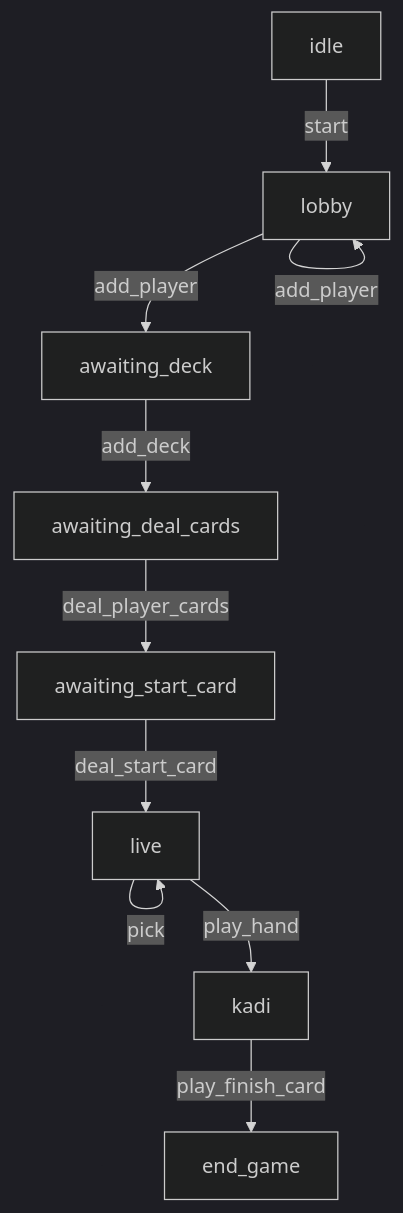
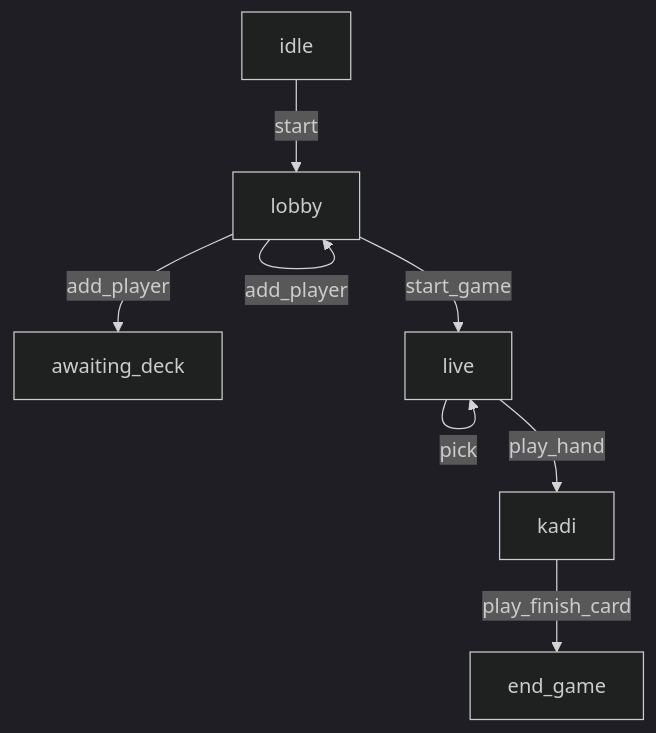
Before and after one commit to kevgathuku/cards: the diagram in README.md, drawn with Mermaid (dark theme). The commit also changed 1 other file, not shown here.

Commit message:
Add correct warning message for start game when not in correct state

````diff
--- a/README.md
+++ b/README.md
@@ -82,13 +82,11 @@
 ```mermaid
 graph TD;
   idle --> |start| lobby;
   lobby --> |add_player| lobby;
   lobby --> |add_player| awaiting_deck;
-  awaiting_deck --> |add_deck| awaiting_deal_cards;
-  awaiting_deal_cards --> |deal_player_cards| awaiting_start_card;
-  awaiting_start_card --> |deal_start_card| live;
+  lobby --> |start_game| live;
   live --> |play_hand| live;
   live --> |pick| live;
   live --> |play_hand| kadi;
   kadi --> |play_finish_card| end_game;
 ```
````
